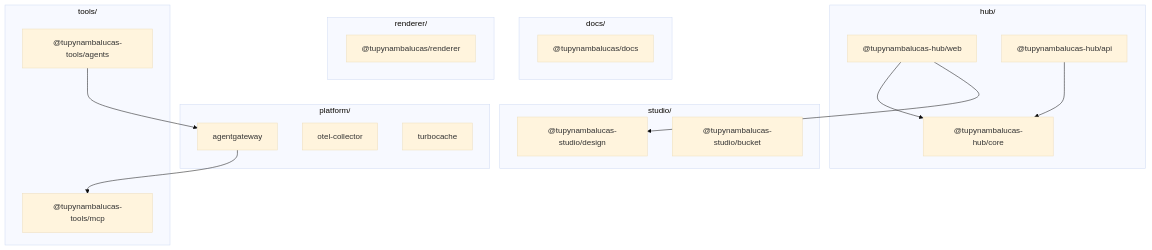
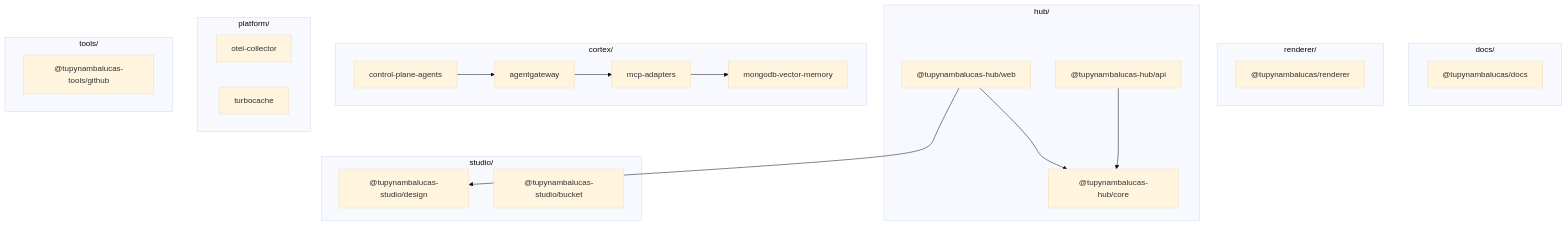
The diagram in MONOREPO.md (tupynambalucas/tupynambalucas), drawn with Mermaid (base theme) before and after one commit. The commit also changed other lines of this file and 81 other files, not shown here.

````diff
--- a/MONOREPO.md
+++ b/MONOREPO.md
@@ -85,33 +100,39 @@
 ```mermaid
 graph TD
     direction TB
     subgraph Docs_Context ["docs/"]
         Docs["@tupynambalucas/docs"]
     end
     subgraph Renderer_Context ["renderer/"]
         Renderer["@tupynambalucas/renderer"]
     end
     subgraph Hub_Context ["hub/"]
         Web["@tupynambalucas-hub/web"]
         API["@tupynambalucas-hub/api"]
         Core["@tupynambalucas-hub/core"]
     end
     subgraph Studio_Context ["studio/"]
         Design["@tupynambalucas-studio/design"]
         Bucket["@tupynambalucas-studio/bucket"]
     end
+    subgraph Cortex_Context ["cortex/"]
+        AgentGateway["agentgateway"]
+        Memory["mongodb-vector-memory"]
+        MCPGateway["mcp-adapters"]
+        MCPAgents["control-plane-agents"]
+    end
     subgraph Platform_Context ["platform/"]
-        AgentGateway["agentgateway"]
         Telemetry["otel-collector"]
         TurboCache["turbocache"]
     end
     subgraph Tools_Context ["tools/"]
-        MCPAgents["@tupynambalucas-tools/agents"]
-        MCPGateway["@tupynambalucas-tools/mcp"]
+        GithubTools["@tupynambalucas-tools/github"]
     end
+
     Web --> Core
     API --> Core
     Web --> Design
     MCPAgents --> AgentGateway
     AgentGateway --> MCPGateway
+    MCPGateway --> Memory
 ```
````
